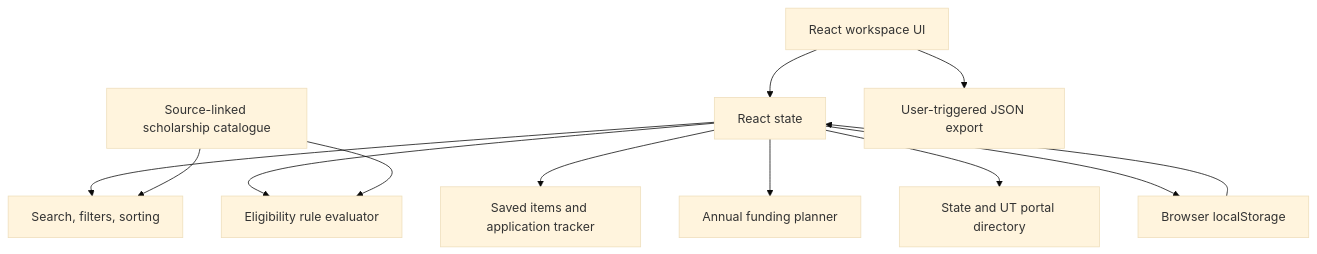
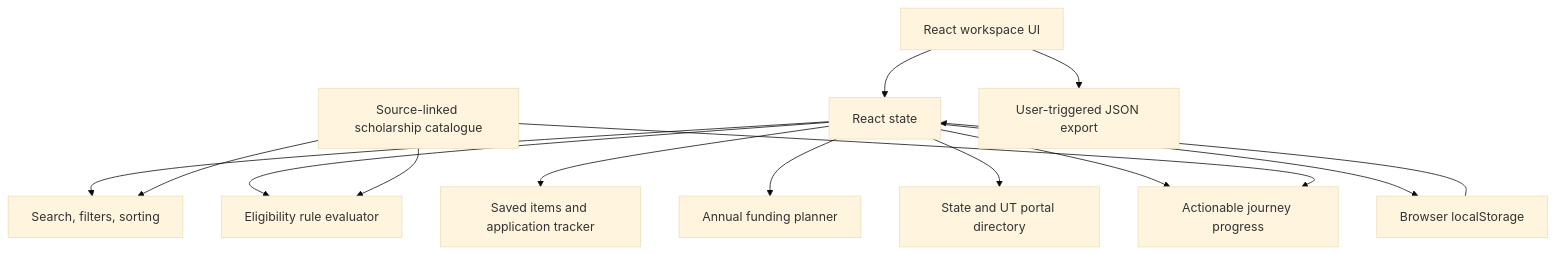
Before and after one commit to PSP-YN/Grantly: the diagram in ARCHITECTURE.md, drawn with Mermaid (base theme). The commit also changed other lines of this file, not shown here.

Commit message:
docs: document actionable scholarship journey progress

````diff
--- a/ARCHITECTURE.md
+++ b/ARCHITECTURE.md
@@ -7,14 +7,16 @@
 ```mermaid
 flowchart TD
   UI[React workspace UI] --> State[React state]
   State --> Discovery[Search, filters, sorting]
   State --> Eligibility[Eligibility rule evaluator]
   State --> Tracker[Saved items and application tracker]
   State --> Planner[Annual funding planner]
   State --> Portal[State and UT portal directory]
+  State --> Journey[Actionable journey progress]
   State --> Storage[Browser localStorage]
   Catalogue[Source-linked scholarship catalogue] --> Discovery
   Catalogue --> Eligibility
+  Catalogue --> Journey
   Storage --> State
   UI --> Export[User-triggered JSON export]
 ```
````
